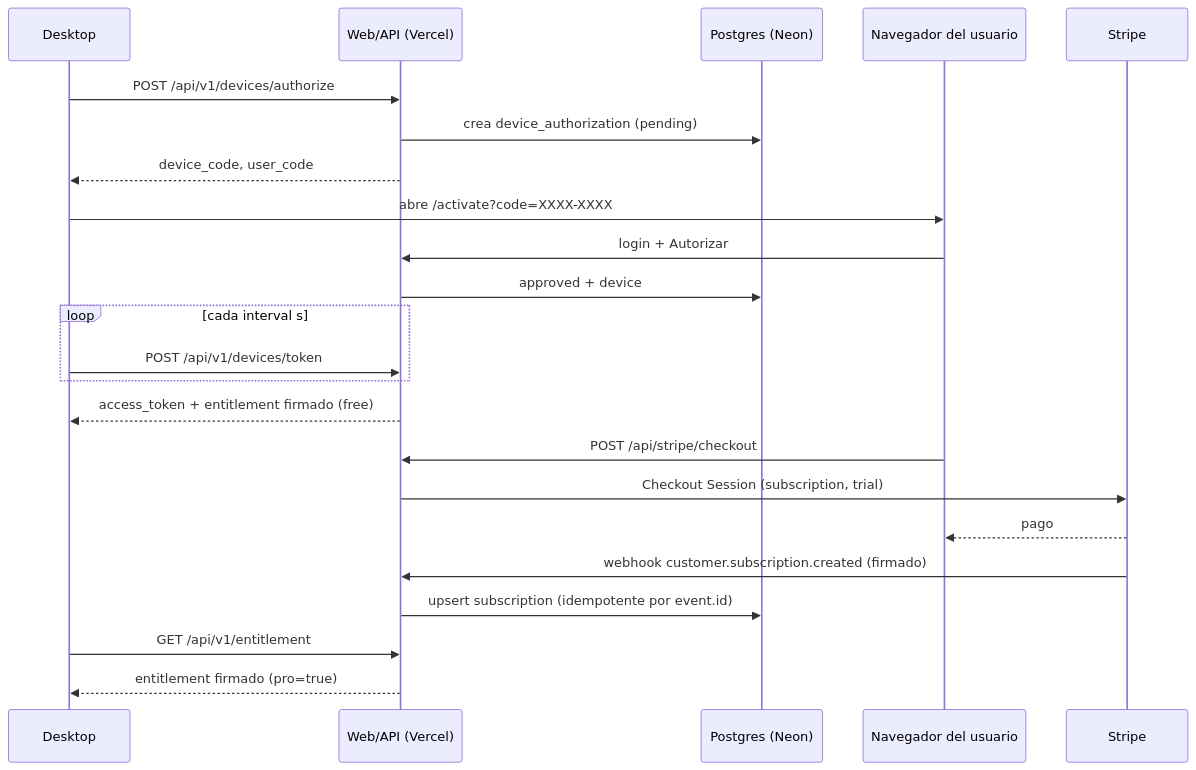
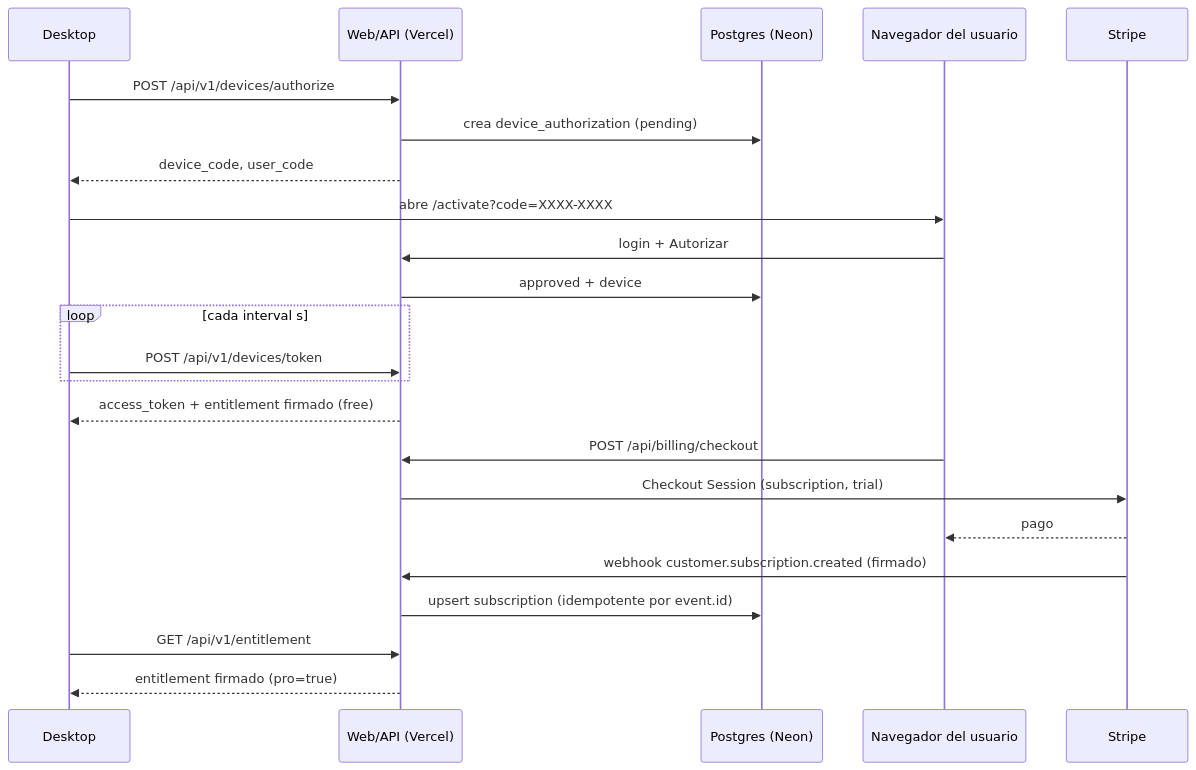
One commit to fclaiba/DiskScanner changed the second of 6 diagrams in docs/BLUEPRINT.md. Above: the diagram before and after it, drawn with Mermaid. The commit also changed other lines of this file and 149 other files, not shown here.

First line of the commit message:
feat(web): plataforma SaaS con cuentas, Stripe, device flow y dashboard

````diff
--- a/docs/BLUEPRINT.md
+++ b/docs/BLUEPRINT.md
@@ -88,25 +88,25 @@
 ```mermaid
 sequenceDiagram
   participant D as Desktop
   participant W as Web/API (Vercel)
   participant DB as Postgres (Neon)
   participant U as Navegador del usuario
   participant S as Stripe
   D->>W: POST /api/v1/devices/authorize
   W->>DB: crea device_authorization (pending)
   W-->>D: device_code, user_code
   D->>U: abre /activate?code=XXXX-XXXX
   U->>W: login + Autorizar
   W->>DB: approved + device
   loop cada interval s
     D->>W: POST /api/v1/devices/token
   end
   W-->>D: access_token + entitlement firmado (free)
-  U->>W: POST /api/stripe/checkout
+  U->>W: POST /api/billing/checkout
   W->>S: Checkout Session (subscription, trial)
   S-->>U: pago
   S->>W: webhook customer.subscription.created (firmado)
   W->>DB: upsert subscription (idempotente por event.id)
   D->>W: GET /api/v1/entitlement
   W-->>D: entitlement firmado (pro=true)
 ```
````
